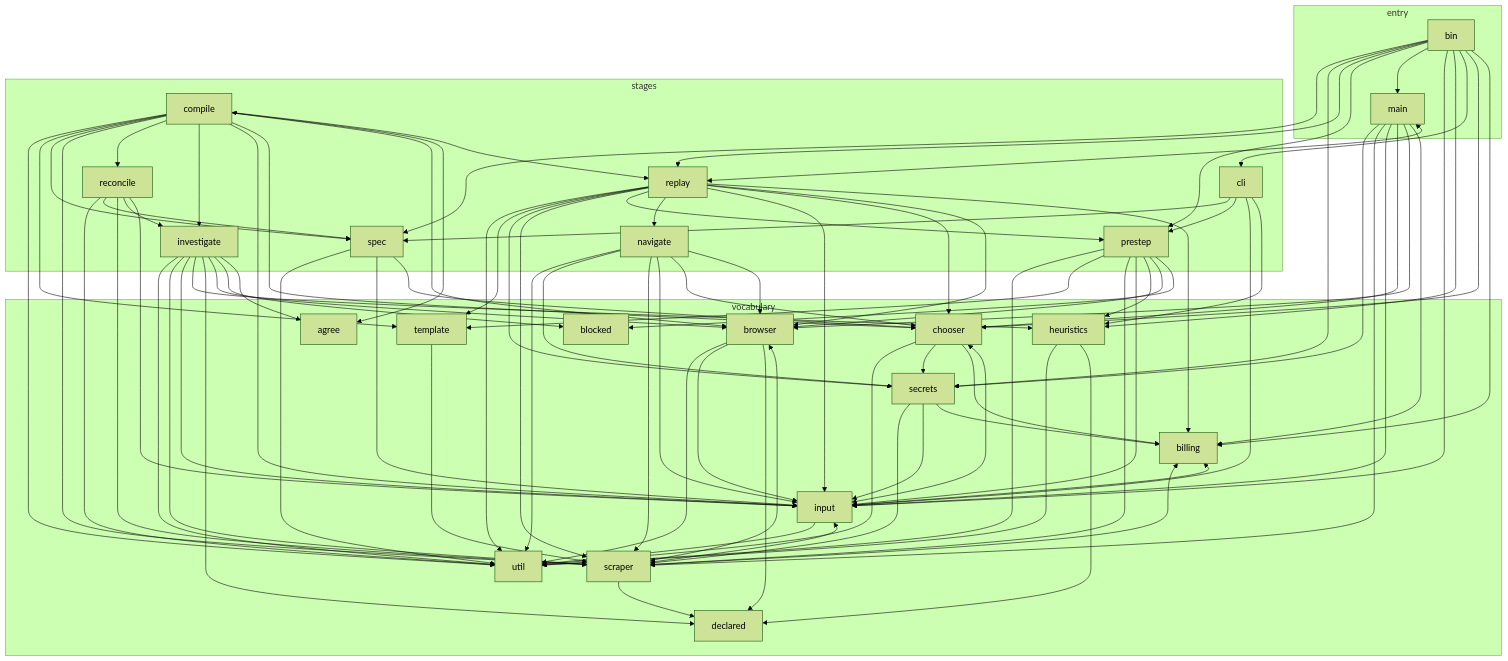
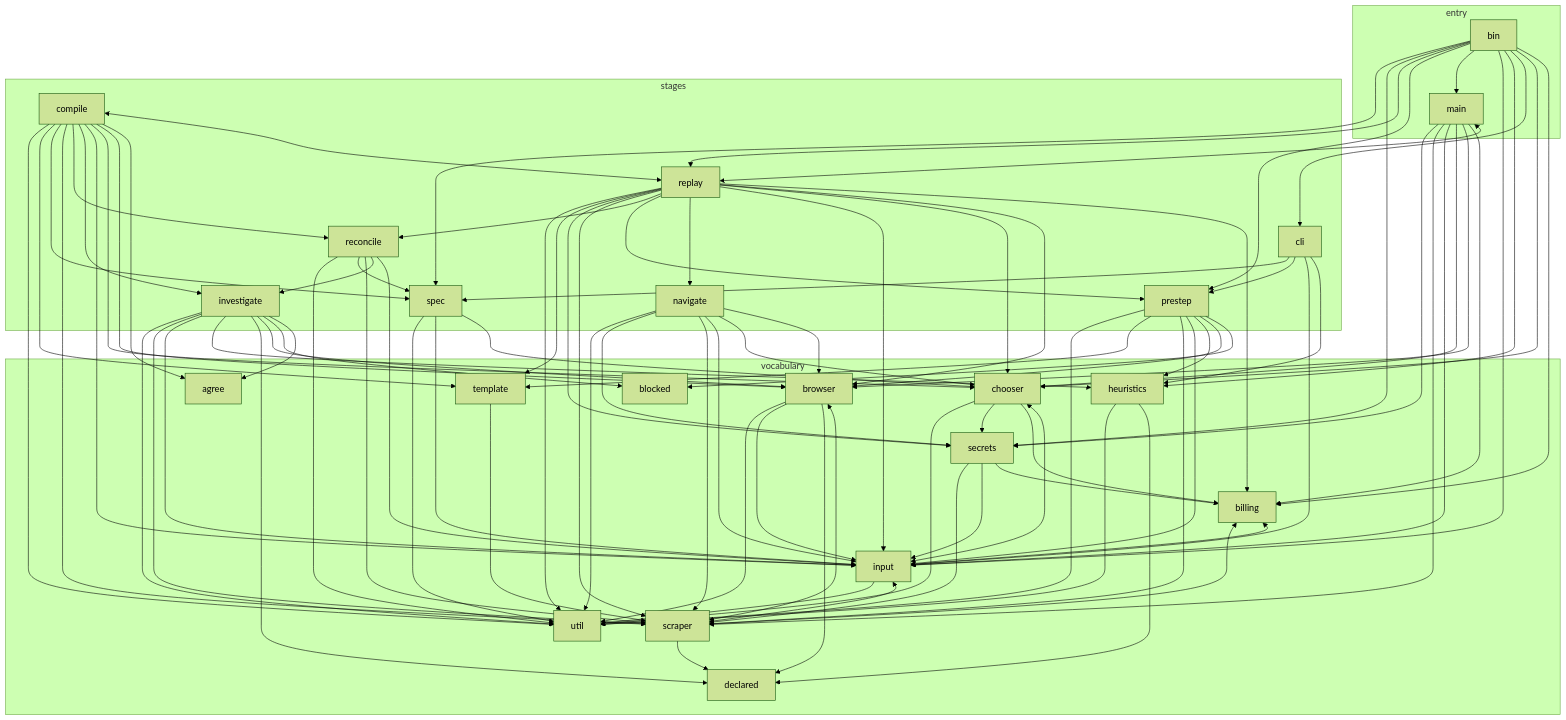
One commit to fellowship-dev/navvi changed the diagram in docs/architecture.md. Above: the diagram before and after it, drawn with Mermaid (forest theme). The commit also changed 10 other files, not shown here.

```diff
--- a/docs/architecture.md
+++ b/docs/architecture.md
@@ -126,6 +126,7 @@
   replay --> input
   replay --> navigate
   replay --> prestep
+  replay --> reconcile
   replay --> scraper
   replay --> secrets
   replay --> template
```
